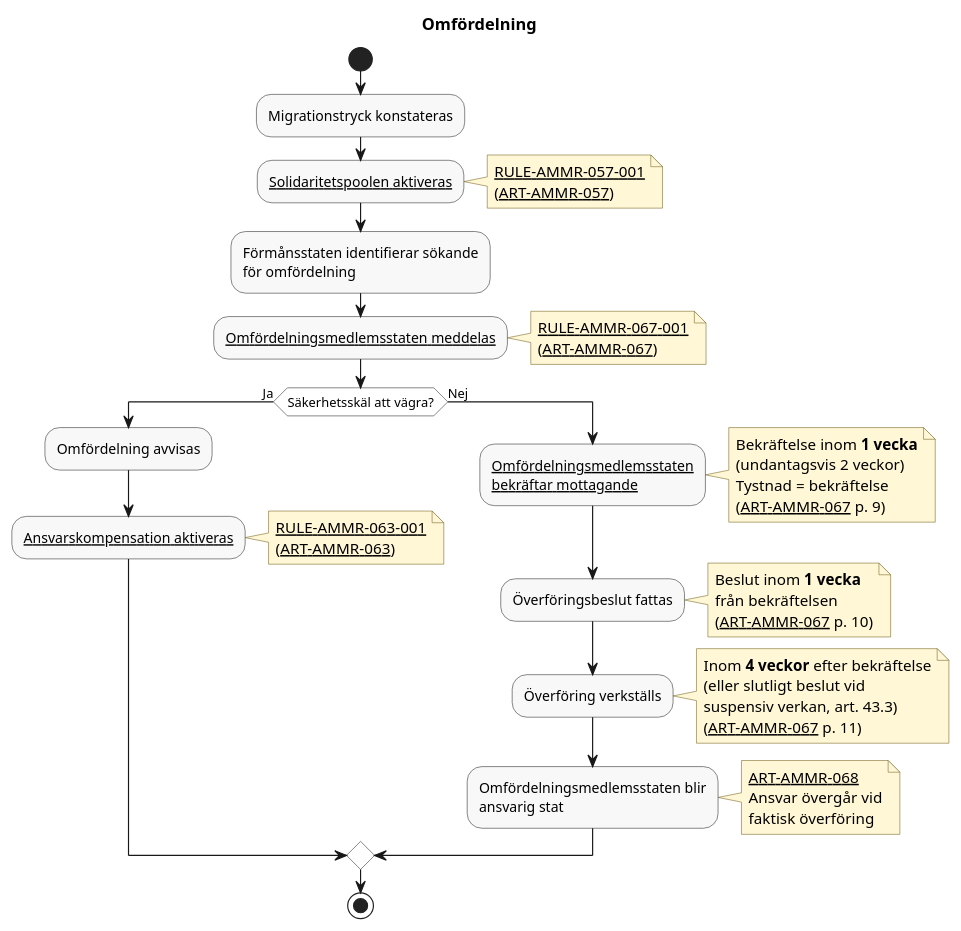
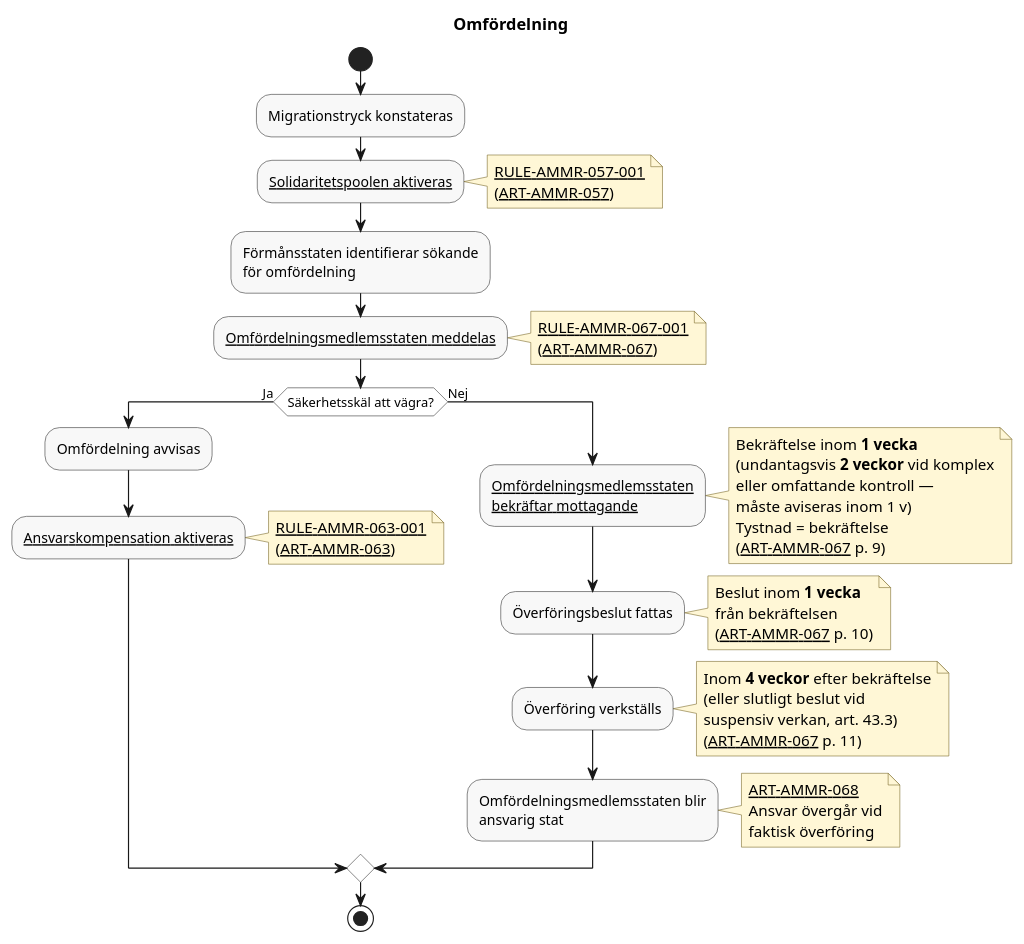
Before and after one commit to chrhe894/migration_pact: the diagram in docs/domains/solidarity/diagrams/relocation.pu, drawn with PlantUML. The commit also changed 8 other files, not shown here.

```diff
--- a/docs/domains/solidarity/diagrams/relocation.pu
+++ b/docs/domains/solidarity/diagrams/relocation.pu
@@ -16,84 +16,86 @@
 @startuml relocation
 
 title Omfördelning
 
 skinparam shadowing false
 skinparam HyperlinkColor Black
 skinparam HyperlinkUnderline true
 skinparam defaultFontName Arial
 skinparam activity {
   BackgroundColor #F8F8F8
   BorderColor #333333
   DiamondBackgroundColor #FFFFFF
   DiamondBorderColor #333333
 }
 skinparam note {
   BackgroundColor #FFF7D6
   BorderColor #7A6A2A
 }
 
 start
 
 :Migrationstryck konstateras;
 
 :[[../rules/rule-ammr-057-001.md Solidaritetspoolen aktiveras]];
 note right
   [[../rules/rule-ammr-057-001.md RULE-AMMR-057-001]]
   ([[../articles/ammr-057.md ART-AMMR-057]])
 end note
 
 :Förmånsstaten identifierar sökande\nför omfördelning;
 
 :[[../rules/rule-ammr-067-001.md Omfördelningsmedlemsstaten meddelas]];
 note right
   [[../rules/rule-ammr-067-001.md RULE-AMMR-067-001]]
   ([[../articles/ammr-067.md ART-AMMR-067]])
 end note
 
 if (Säkerhetsskäl att vägra?) then (Ja)
 
     :Omfördelning avvisas;
 
     :[[../rules/rule-ammr-063-001.md Ansvarskompensation aktiveras]];
     note right
       [[../rules/rule-ammr-063-001.md RULE-AMMR-063-001]]
       ([[../articles/ammr-063.md ART-AMMR-063]])
     end note
 
 else (Nej)
 
     :[[../rules/rule-ammr-067-001.md Omfördelningsmedlemsstaten\nbekräftar mottagande]];
     note right
       Bekräftelse inom **1 vecka**
-      (undantagsvis 2 veckor)
+      (undantagsvis **2 veckor** vid komplex
+      eller omfattande kontroll —
+      måste aviseras inom 1 v)
       Tystnad = bekräftelse
       ([[../articles/ammr-067.md ART-AMMR-067]] p. 9)
     end note
 
     :Överföringsbeslut fattas;
     note right
       Beslut inom **1 vecka**
       från bekräftelsen
       ([[../articles/ammr-067.md ART-AMMR-067]] p. 10)
     end note
 
     :Överföring verkställs;
     note right
       Inom **4 veckor** efter bekräftelse
       (eller slutligt beslut vid
       suspensiv verkan, art. 43.3)
       ([[../articles/ammr-067.md ART-AMMR-067]] p. 11)
     end note
 
     :Omfördelningsmedlemsstaten blir\nansvarig stat;
     note right
       [[../articles/ammr-068.md ART-AMMR-068]]
       Ansvar övergår vid
       faktisk överföring
     end note
 
 endif
 
 stop
 
 @enduml
```
